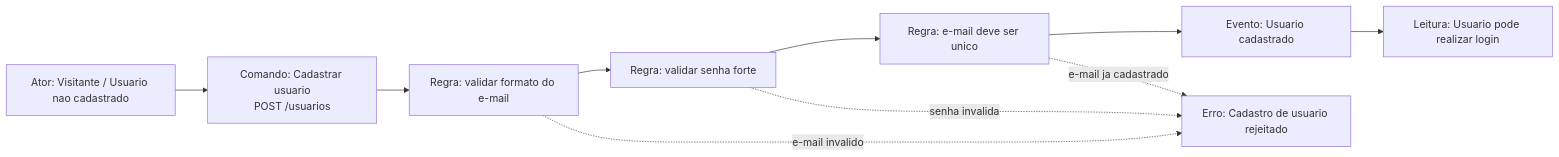
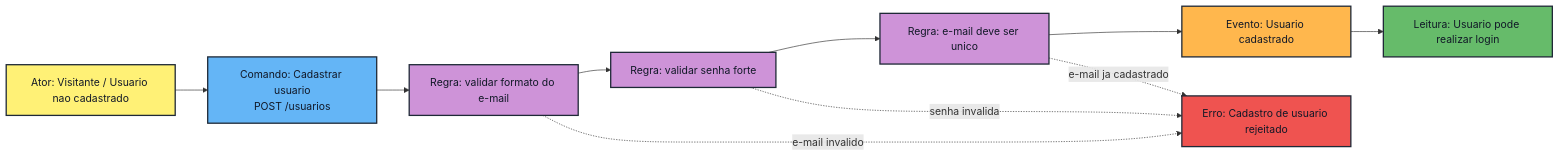
One commit to RudgeJoao/FCG-TC-PosTech changed the first of 3 diagrams in docs/ddd-event-storming.md. Above: the diagram before and after it, drawn with Mermaid. The commit also changed other lines of this file, not shown here.

````diff
--- a/docs/ddd-event-storming.md
+++ b/docs/ddd-event-storming.md
@@ -29,22 +29,36 @@
 ```mermaid
 flowchart LR
+    classDef ator fill:#fff176,stroke:#1f2937,stroke-width:2px,color:#111827
+    classDef comando fill:#64b5f6,stroke:#1f2937,stroke-width:2px,color:#111827
+    classDef regra fill:#ce93d8,stroke:#1f2937,stroke-width:2px,color:#111827
+    classDef evento fill:#ffb74d,stroke:#1f2937,stroke-width:2px,color:#111827
+    classDef erro fill:#ef5350,stroke:#1f2937,stroke-width:2px,color:#111827
+    classDef leitura fill:#66bb6a,stroke:#1f2937,stroke-width:2px,color:#111827
+
     visitante["Ator: Visitante / Usuario nao cadastrado"]
     comando["Comando: Cadastrar usuario\nPOST /usuarios"]
     regraEmail["Regra: validar formato do e-mail"]
     regraSenha["Regra: validar senha forte"]
     regraUnico["Regra: e-mail deve ser unico"]
     eventoCriado["Evento: Usuario cadastrado"]
     leituraLogin["Leitura: Usuario pode realizar login"]
     erro["Erro: Cadastro de usuario rejeitado"]
 
     visitante --> comando
     comando --> regraEmail
     regraEmail --> regraSenha
     regraSenha --> regraUnico
     regraUnico --> eventoCriado
     eventoCriado --> leituraLogin
 
     regraEmail -. e-mail invalido .-> erro
     regraSenha -. senha invalida .-> erro
     regraUnico -. e-mail ja cadastrado .-> erro
+
+    class visitante ator
+    class comando comando
+    class regraEmail,regraSenha,regraUnico regra
+    class eventoCriado evento
+    class leituraLogin leitura
+    class erro erro
 ```
````
